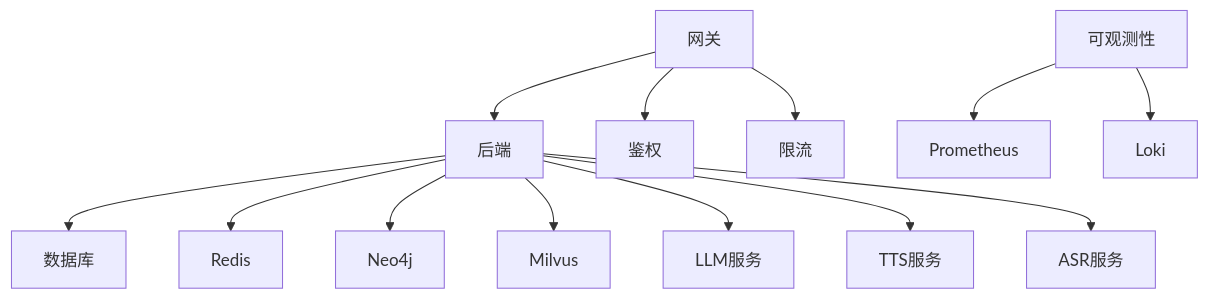
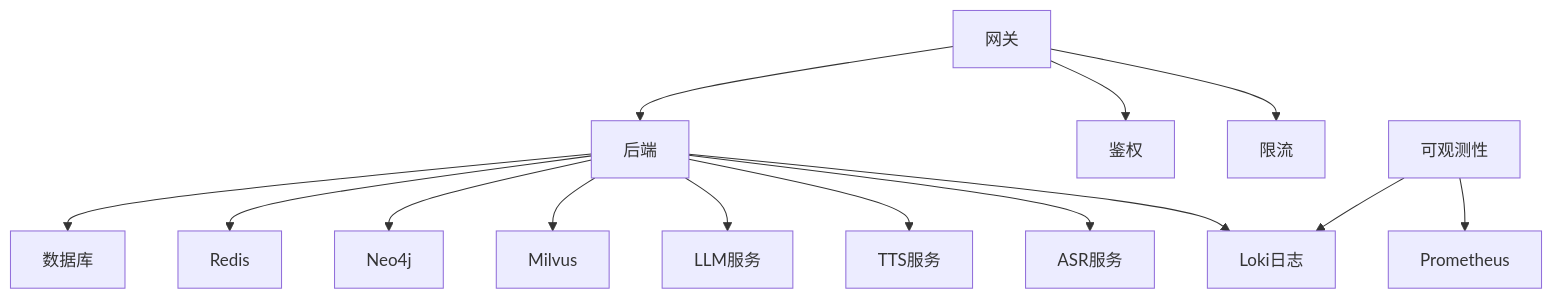
The eighth of 9 diagrams in .qoder/repowiki/zh/content/部署和配置/部署和配置.md (zmdhdu/NexusCockpit), drawn with Mermaid before and after one commit. The commit also changed other lines of this file and 23 other files, not shown here.

````diff
--- a/.qoder/repowiki/zh/content/部署和配置/部署和配置.md
+++ b/.qoder/repowiki/zh/content/部署和配置/部署和配置.md
@@ -421,15 +442,16 @@
 ```mermaid
 graph TB
 Backend["后端"] --> DB["数据库"]
 Backend --> Redis["Redis"]
 Backend --> Neo4j["Neo4j"]
 Backend --> Milvus["Milvus"]
 Backend --> LLM["LLM服务"]
 Backend --> TTS["TTS服务"]
 Backend --> ASR["ASR服务"]
+Backend --> Loki["Loki日志"]
 Gateway["网关"] --> Backend
 Gateway --> Auth["鉴权"]
 Gateway --> RL["限流"]
 Observability["可观测性"] --> Prometheus
 Observability --> Loki
 ```
````
